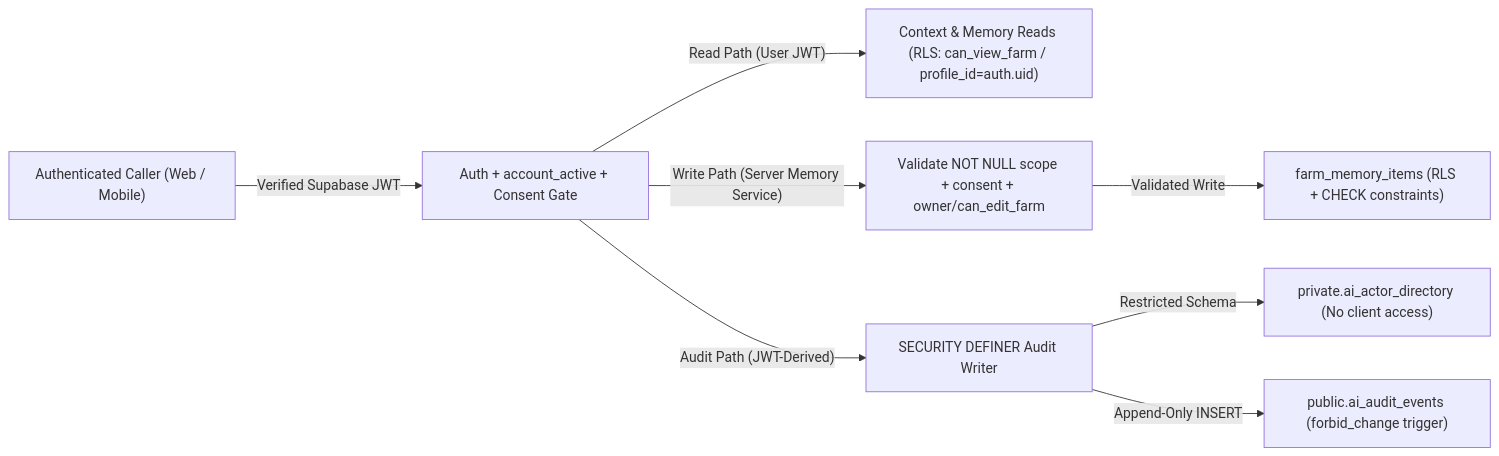
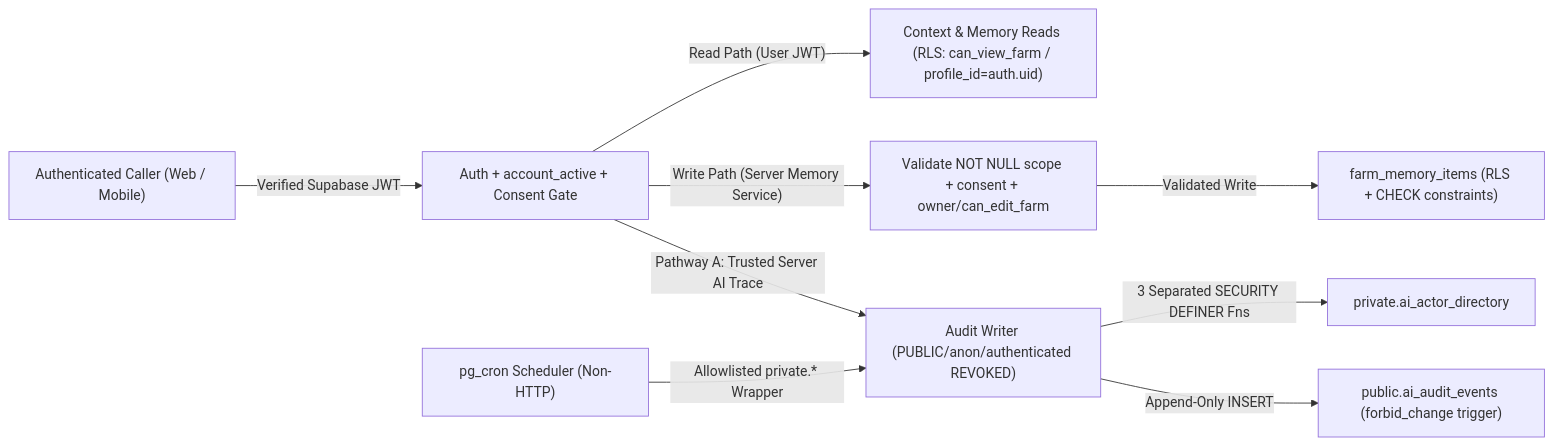
Before and after one commit to farmconnect-ux/cultivanode: the diagram in docs/architecture/batch-03/BATCH_03_0_SECURITY_AND_GOVERNANCE.md, drawn with Mermaid. The commit also changed other lines of this file and 9 other files, not shown here.

Commit message:
docs(architecture): close final Batch 03.0 security review findings

````diff
--- a/docs/architecture/batch-03/BATCH_03_0_SECURITY_AND_GOVERNANCE.md
+++ b/docs/architecture/batch-03/BATCH_03_0_SECURITY_AND_GOVERNANCE.md
@@ -11,10 +11,11 @@
 ```mermaid
 flowchart LR
   User["Authenticated Caller (Web / Mobile)"] -->|"Verified Supabase JWT"| Gate["Auth + account_active + Consent Gate"]
   Gate -->|"Read Path (User JWT)"| ReadDB["Context & Memory Reads (RLS: can_view_farm / profile_id=auth.uid)"]
   Gate -->|"Write Path (Server Memory Service)"| MemSvc["Validate NOT NULL scope + consent + owner/can_edit_farm"]
   MemSvc -->|"Validated Write"| MemDB["farm_memory_items (RLS + CHECK constraints)"]
-  Gate -->|"Audit Path (JWT-Derived)"| AudW["SECURITY DEFINER Audit Writer"]
-  AudW -->|"Restricted Schema"| Dir["private.ai_actor_directory (No client access)"]
-  AudW -->|"Append-Only INSERT"| AudDB["public.ai_audit_events (forbid_change trigger)"]
+  Gate -->|"Pathway A: Trusted Server AI Trace"| SrvAud["Audit Writer (PUBLIC/anon/authenticated REVOKED)"]
+  Cron["pg_cron Scheduler (Non-HTTP)"] -->|"Allowlisted private.* Wrapper"| SrvAud
+  SrvAud -->|"3 Separated SECURITY DEFINER Fns"| Dir["private.ai_actor_directory"]
+  SrvAud -->|"Append-Only INSERT"| AudDB["public.ai_audit_events (forbid_change trigger)"]
 ```
````
